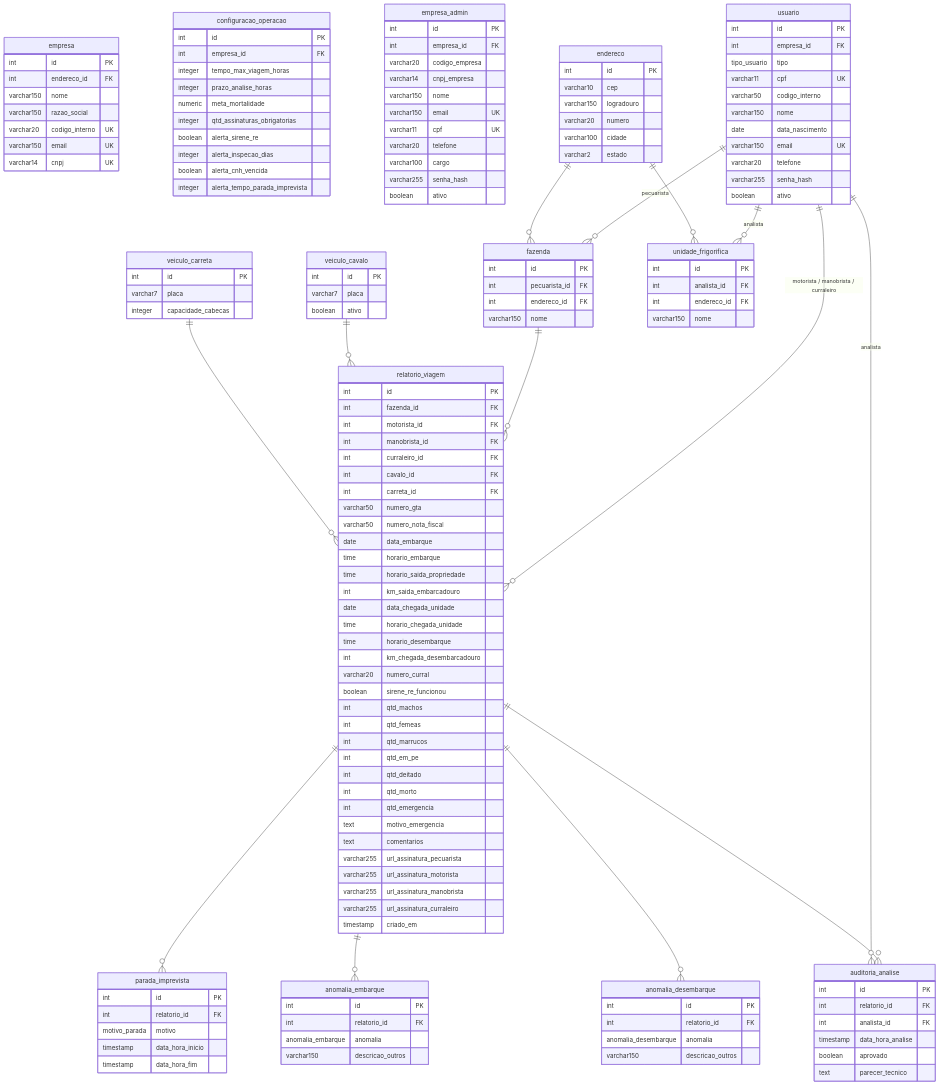
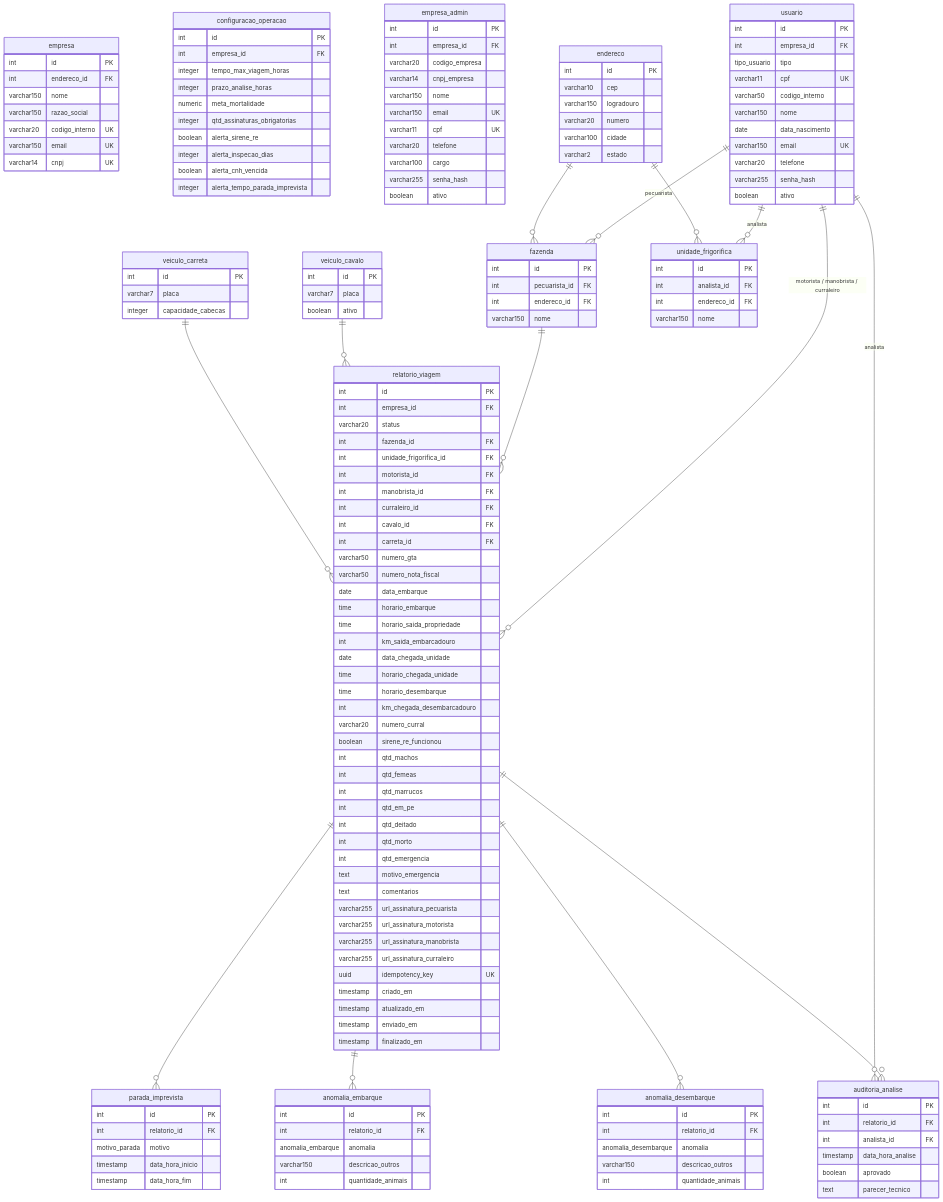
Before and after one commit to Efficientia/Efficientia-API: the diagram in docs/DATABASE_DIAGRAM.md, drawn with Mermaid. The commit also changed other lines of this file and 22 other files, not shown here.

```diff
--- a/docs/DATABASE_DIAGRAM.md
+++ b/docs/DATABASE_DIAGRAM.md
@@ -95,7 +95,10 @@
 
     relatorio_viagem {
         int id PK
+        int empresa_id FK
+        varchar20 status
         int fazenda_id FK
+        int unidade_frigorifica_id FK
         int motorista_id FK
         int manobrista_id FK
         int curraleiro_id FK
@@ -126,7 +129,11 @@
         varchar255 url_assinatura_motorista
         varchar255 url_assinatura_manobrista
         varchar255 url_assinatura_curraleiro
+        uuid idempotency_key UK
         timestamp criado_em
+        timestamp atualizado_em
+        timestamp enviado_em
+        timestamp finalizado_em
     }
 
     parada_imprevista {
@@ -142,6 +149,7 @@
         int relatorio_id FK
         anomalia_embarque anomalia
         varchar150 descricao_outros
+        int quantidade_animais
     }
 
     anomalia_desembarque {
@@ -149,6 +157,7 @@
         int relatorio_id FK
         anomalia_desembarque anomalia
         varchar150 descricao_outros
+        int quantidade_animais
     }
 
     auditoria_analise {
```
